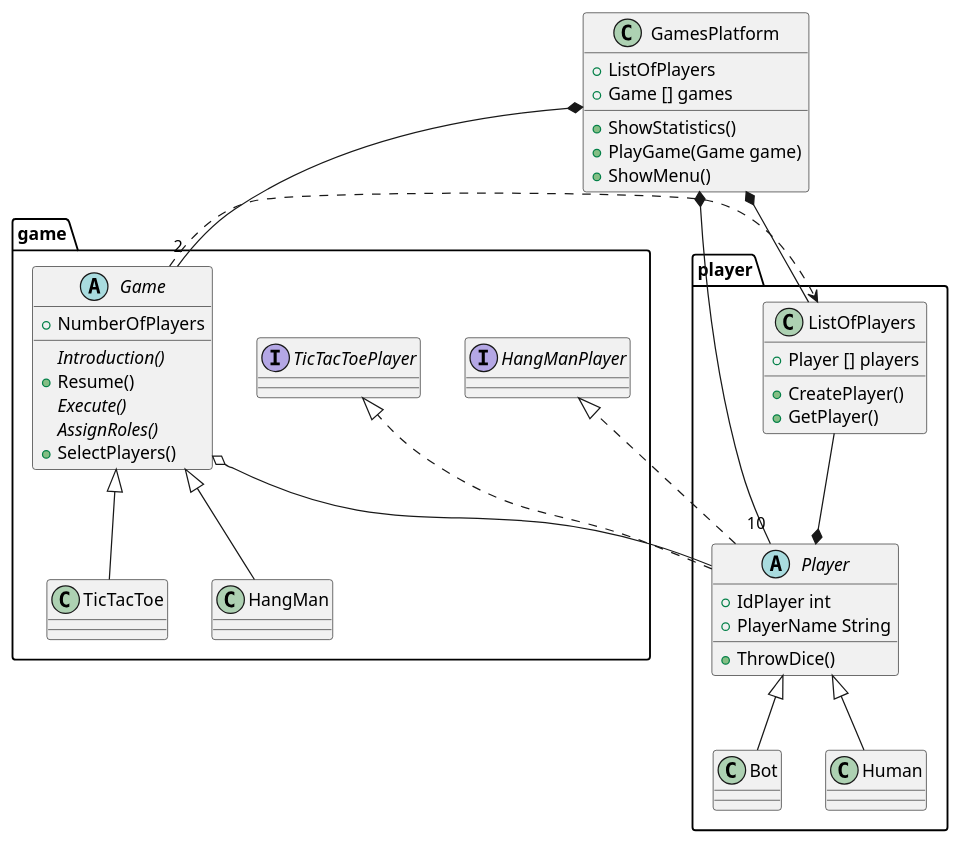
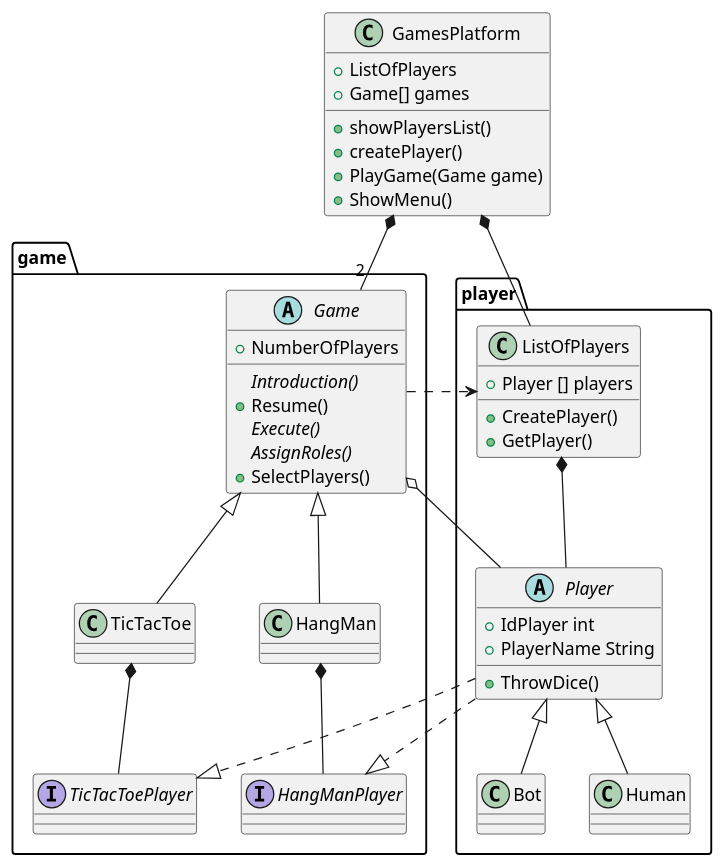
The diagram in diagrams/ClassDiagramMain.wsd (Gabs16TL/Games_Platform), drawn with PlantUML before and after one commit. The commit also changed 1 other file, not shown here.

Commit message:
Se disminuyó el acoplamiento en los diagramas

```diff
--- a/diagrams/ClassDiagramMain.wsd
+++ b/diagrams/ClassDiagramMain.wsd
@@ -1,79 +1,74 @@
 @startuml
-
 
 class GamesPlatform {
     +ListOfPlayers
-    +ShowStatistics()
+    +showPlayersList()
+    +createPlayer()
     +PlayGame(Game game)
-    +Game [] games
+    +Game[] games
     +ShowMenu()
 }
 
 package game {
+    abstract class Game {
+        +NumberOfPlayers
+        {abstract}Introduction()
+        +Resume()
+        {abstract}Execute()
+        {abstract}AssignRoles()
+        +SelectPlayers()
+    }
+    class TicTacToe {
 
-abstract class Game {
-    +NumberOfPlayers
-    {abstract}Introduction()
-    +Resume()
-    {abstract}Execute()
-    {abstract}AssignRoles()
-    +SelectPlayers()
-}
-class TicTacToe {
+    }
+    class HangMan {
+        
+    }
+    interface HangManPlayer{
 
-}
-class HangMan {
-    
-}
-interface HangManPlayer{
+    }
 
+    interface TicTacToePlayer {
+
+    }
 }
 
-interface TicTacToePlayer {
+package player {
+    abstract class Player {
+        +IdPlayer int
+        +PlayerName String
+        +ThrowDice()
+    }
+    class ListOfPlayers {
+        
+        +Player [] players
+        +CreatePlayer()
+        +GetPlayer()
+    }
+    class Bot {
 
-}
+    }
+    class Human {
+
+    }
 }
 
-
-package player {
-abstract class Player {
-    +IdPlayer int
-    +PlayerName String
-    +ThrowDice()
-}
-
-
-class ListOfPlayers {
-    
-    +Player [] players
-    +CreatePlayer()
-    +GetPlayer()
-}
-
-class Bot {
-
-}
-class Human {
-
-}
-
-}
-
-
-GamesPlatform *-- "10" Player
 GamesPlatform *-- "2" Game
 GamesPlatform *-- ListOfPlayers
 
 Game <|-- TicTacToe
 Game <|-- HangMan
 Game o--Player
 Player <|-- Bot
 Player <|-- Human
 Player ..|>HangManPlayer
 Player ..|>TicTacToePlayer
 
 Game ..> ListOfPlayers
 
-ListOfPlayers --* Player
+ListOfPlayers *-- Player
+
+TicTacToe *-- TicTacToePlayer
+HangMan *-- HangManPlayer
 
 @enduml
```
